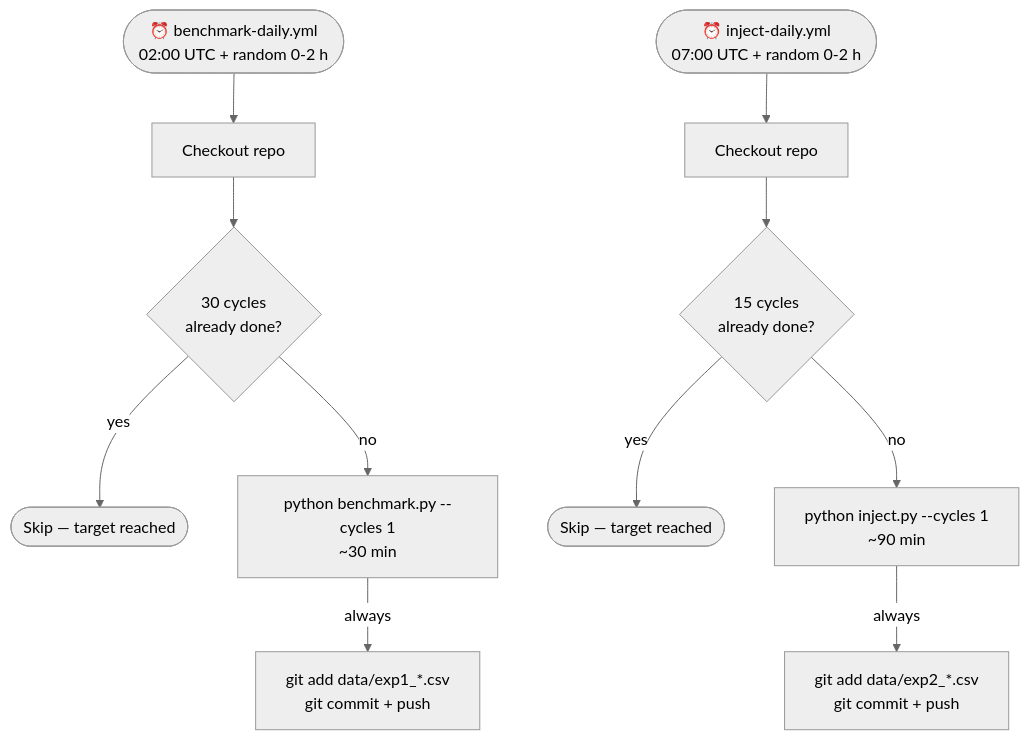
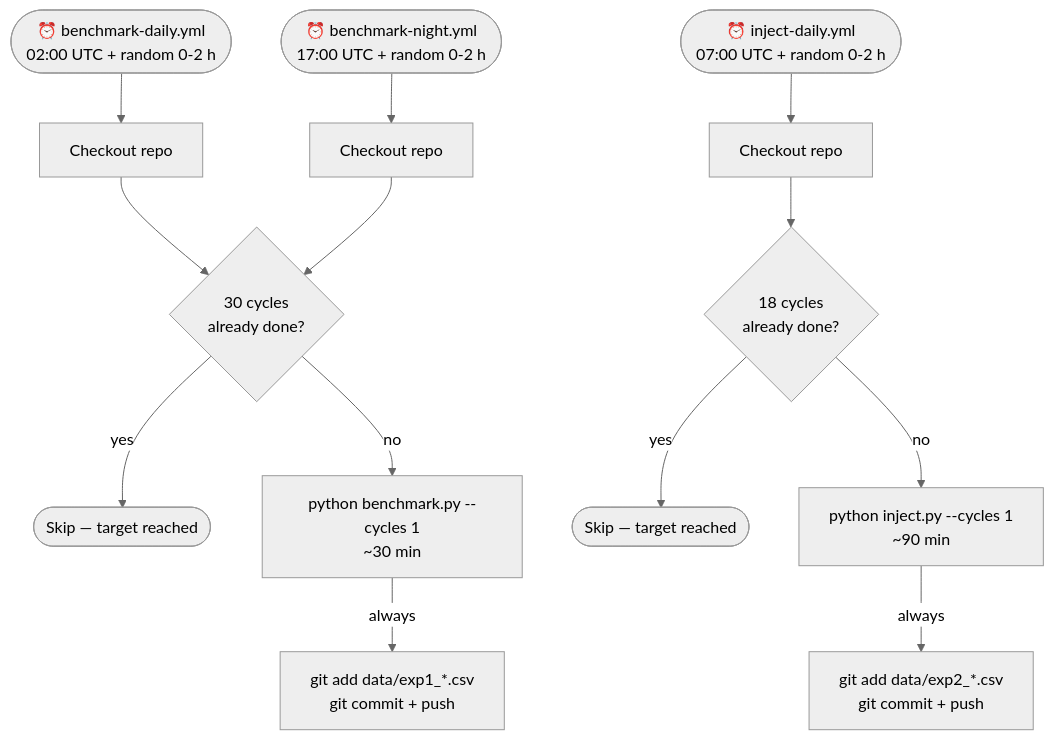
Before and after one commit to kshitiz-Kharal/PL-IaC_MultiCloud_Orchestration: the fifth of 5 diagrams in README.md, drawn with Mermaid (neutral theme). The commit also changed other lines of this file, not shown here.

First line of the commit message:
docs(readme): fix stale numbers, remove references, add benchmark-night.yml

````diff
--- a/README.md
+++ b/README.md
@@ -474,17 +478,20 @@
 ```mermaid
 flowchart TD
     B(["⏰ benchmark-daily.yml\n02:00 UTC + random 0-2 h"])
+    BN(["⏰ benchmark-night.yml\n17:00 UTC + random 0-2 h"])
     I(["⏰ inject-daily.yml\n07:00 UTC + random 0-2 h"])
 
     B --> BCHK[Checkout repo]
+    BN --> BNCHK[Checkout repo]
     BCHK --> BCOUNT{30 cycles\nalready done?}
+    BNCHK --> BCOUNT
     BCOUNT -->|yes| BSKIP([Skip — target reached])
     BCOUNT -->|no| BRUN["python benchmark.py --cycles 1\n~30 min"]
     BRUN -->|always| BCOMMIT["git add data/exp1_*.csv\ngit commit + push"]
 
     I --> ICHK[Checkout repo]
-    ICHK --> ICOUNT{15 cycles\nalready done?}
+    ICHK --> ICOUNT{18 cycles\nalready done?}
     ICOUNT -->|yes| ISKIP([Skip — target reached])
     ICOUNT -->|no| IRUN["python inject.py --cycles 1\n~90 min"]
     IRUN -->|always| ICOMMIT["git add data/exp2_*.csv\ngit commit + push"]
 ```
````
